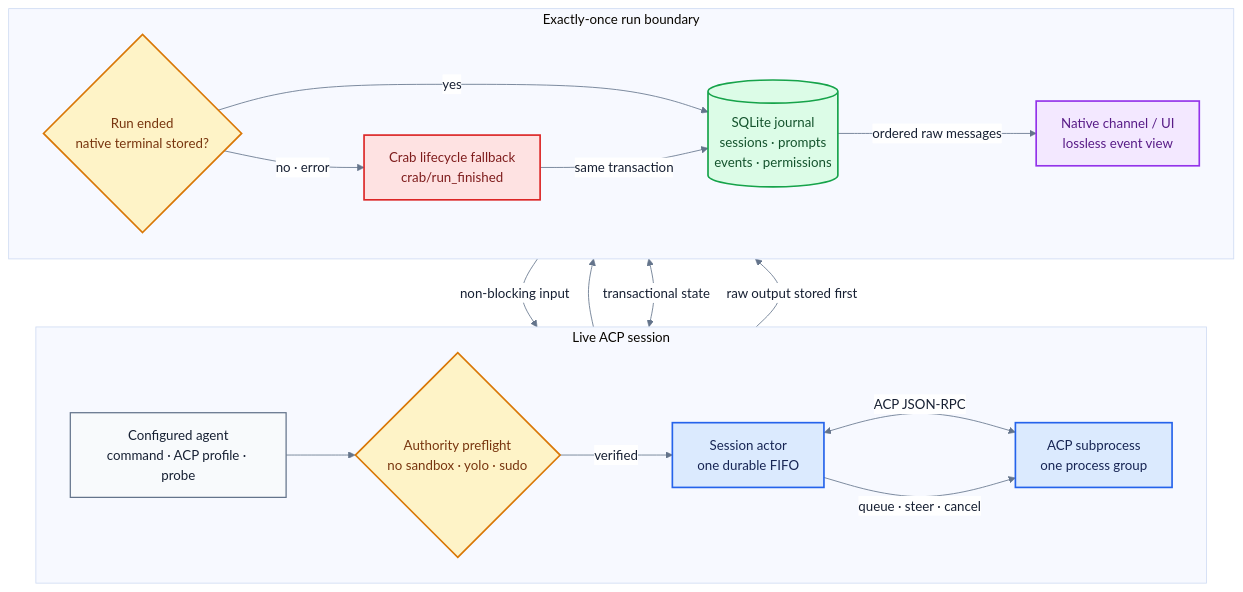
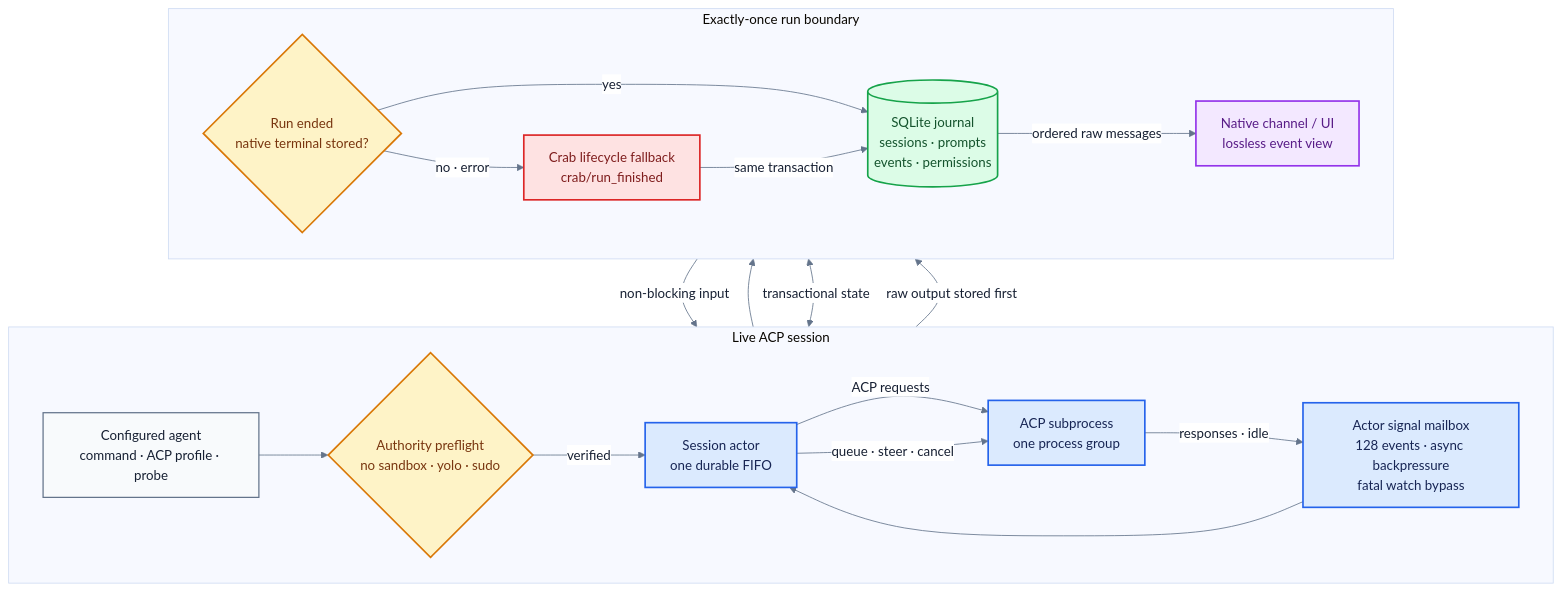
The diagram in v2/docs/agent-host-flow.mmd (fontanierh/crab), drawn with Mermaid before and after one commit. The commit also changed 2 other files, not shown here.

Commit message:
fix(v2): bound actor signal mailbox (#306)

```diff
--- a/v2/docs/agent-host-flow.mmd
+++ b/v2/docs/agent-host-flow.mmd
@@ -1,44 +1,46 @@
 %%{init: {"theme": "base", "themeVariables": {"fontFamily": "ui-sans-serif, system-ui, sans-serif", "primaryTextColor": "#172033", "lineColor": "#64748b", "edgeLabelBackground": "#ffffff"}, "flowchart": {"curve": "basis", "nodeSpacing": 42, "rankSpacing": 58}}}%%
 flowchart TB
     subgraph LIVE["Live ACP session"]
         direction LR
         CONFIG["Configured agent<br/>command · ACP profile · probe"]
         PREFLIGHT{"Authority preflight<br/>no sandbox · yolo · sudo"}
         ACTOR["Session actor<br/>one durable FIFO"]
+        MAILBOX["Actor signal mailbox<br/>128 events · async backpressure<br/>fatal watch bypass"]
         ACP["ACP subprocess<br/>one process group"]
         CONFIG --> PREFLIGHT
         PREFLIGHT -->|"verified"| ACTOR
-        ACTOR <-->|"ACP JSON-RPC"| ACP
+        ACTOR -->|"ACP requests"| ACP
+        ACP -->|"responses · idle"| MAILBOX --> ACTOR
         ACTOR -->|"queue · steer · cancel"| ACP
     end
     subgraph DURABLE["Exactly-once run boundary"]
         direction LR
         ENDED{"Run ended<br/>native terminal stored?"}
         FALLBACK["Crab lifecycle fallback<br/>crab/run_finished"]
         DB[("SQLite journal<br/>sessions · prompts<br/>events · permissions")]
         UI["Native channel / UI<br/>lossless event view"]
         ENDED -->|"yes"| DB
         ENDED -->|"no · error"| FALLBACK
         FALLBACK -->|"same transaction"| DB
         DB -->|"ordered raw messages"| UI
     end
 
     ACTOR --> ENDED
     ACTOR <-->|"transactional state"| DB
     ACP -->|"raw output stored first"| DB
     UI -->|"non-blocking input"| ACTOR
 
     classDef config fill:#f8fafc,stroke:#64748b,stroke-width:1.5px,color:#172033;
     classDef gate fill:#fef3c7,stroke:#d97706,stroke-width:2px,color:#78350f;
     classDef runtime fill:#dbeafe,stroke:#2563eb,stroke-width:2px,color:#172554;
     classDef fallback fill:#fee2e2,stroke:#dc2626,stroke-width:2px,color:#7f1d1d;
     classDef durable fill:#dcfce7,stroke:#16a34a,stroke-width:2px,color:#14532d;
     classDef ui fill:#f3e8ff,stroke:#9333ea,stroke-width:2px,color:#581c87;
 
     class CONFIG config;
     class PREFLIGHT gate;
-    class ACTOR,ACP runtime;
+    class ACTOR,MAILBOX,ACP runtime;
     class FALLBACK fallback;
     class ENDED gate;
     class DB durable;
     class UI ui;
```
